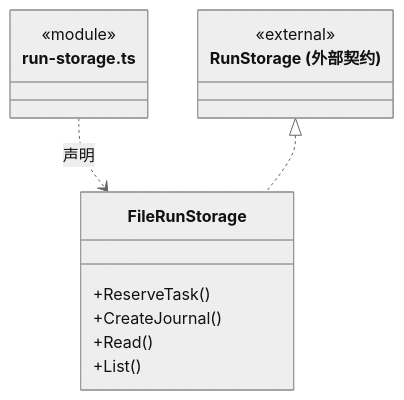
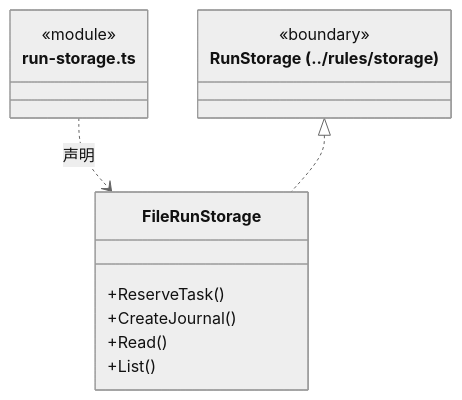
The third of 4 diagrams in src/logic/execution/storage/ARCHITECTURE.md (nan023062/cbim), drawn with Mermaid (neutral theme) before and after one commit. The commit also changed other lines of this file and 112 other files, not shown here.

Commit message:
docs: align source architecture with current declarations and contracts

````diff
--- a/src/logic/execution/storage/ARCHITECTURE.md
+++ b/src/logic/execution/storage/ARCHITECTURE.md
@@ -108,17 +108,17 @@
 ```mermaid
 classDiagram
 class N_src_logic_execution_storage_run_storage_ts["run-storage.ts"] {
   <<module>>
 }
 class N_src_logic_execution_storage_run_storage_ts_FileRunStorage["FileRunStorage"] {
   +ReserveTask()
   +CreateJournal()
   +Read()
   +List()
 }
 N_src_logic_execution_storage_run_storage_ts ..> N_src_logic_execution_storage_run_storage_ts_FileRunStorage : 声明
-class N_src_logic_execution_storage_run_storage_ts_external_RunStorage["RunStorage (外部契约)"] {
-  <<external>>
+class N_src_logic_execution_storage_run_storage_ts_external_RunStorage["RunStorage (../rules/storage)"] {
+  <<boundary>>
 }
 N_src_logic_execution_storage_run_storage_ts_external_RunStorage <|.. N_src_logic_execution_storage_run_storage_ts_FileRunStorage
 ```
````
